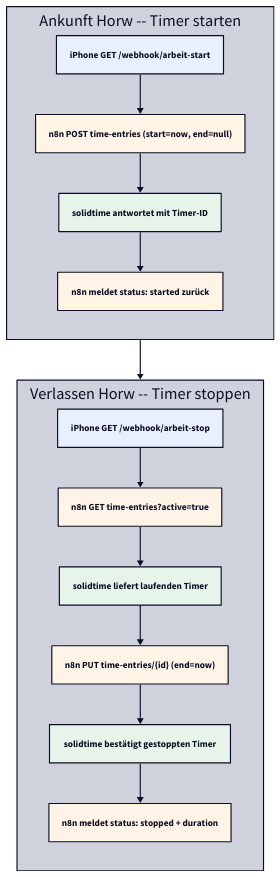
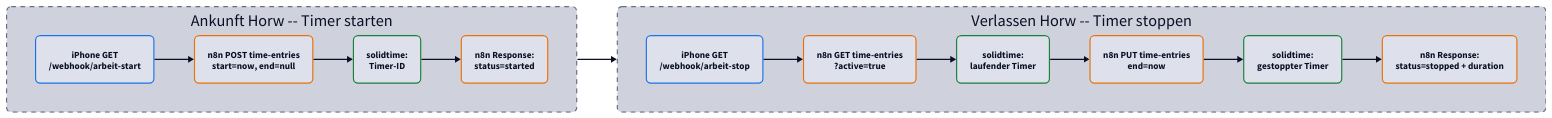
One commit to derever-labs/homelab-wiki changed the second of 3 diagrams in docs/zeiterfassung/index.md. Above: the diagram before and after it, drawn with D2. The commit also changed other lines of this file and 2 other files, not shown here.

Commit message:
refactor(diagrams): Sequence-Diagramme auf Phasen-Flowcharts umstellen

````diff
--- a/docs/zeiterfassung/index.md
+++ b/docs/zeiterfassung/index.md
@@ -84,36 +84,41 @@
 ```d2
 vars: {
   d2-config: {
     theme-id: 1
     layout-engine: elk
   }
 }
 
-direction: down
+direction: right
 
 classes: {
-  iphone: { style.fill: "#e8f0fe" }
-  n8n: { style.fill: "#fff4e5" }
-  solid: { style.fill: "#e6f4ea" }
+  iphone: { style: { border-radius: 8; stroke: "#1a73e8" } }
+  n8n: { style: { border-radius: 8; stroke: "#e8710a" } }
+  solid: { style: { border-radius: 8; stroke: "#188038" } }
+  phase: { style: { border-radius: 8; stroke-dash: 4 } }
 }
 
 start: Ankunft Horw -- Timer starten {
-  hook: "iPhone GET /webhook/arbeit-start" { class: iphone }
-  post: "n8n POST time-entries (start=now, end=null)" { class: n8n }
-  ack: "solidtime antwortet mit Timer-ID" { class: solid }
-  resp: "n8n meldet status: started zurück" { class: n8n }
+  class: phase
+  direction: down
+  hook: "iPhone GET\n/webhook/arbeit-start" { class: iphone }
+  post: "n8n POST time-entries\nstart=now, end=null" { class: n8n }
+  ack: "solidtime:\nTimer-ID" { class: solid }
+  resp: "n8n Response:\nstatus=started" { class: n8n }
   hook -> post -> ack -> resp
 }
 
 stop: Verlassen Horw -- Timer stoppen {
-  hook: "iPhone GET /webhook/arbeit-stop" { class: iphone }
-  find: "n8n GET time-entries?active=true" { class: n8n }
-  cur: "solidtime liefert laufenden Timer" { class: solid }
-  close: "n8n PUT time-entries/{id} (end=now)" { class: n8n }
-  ack: "solidtime bestätigt gestoppten Timer" { class: solid }
-  resp: "n8n meldet status: stopped + duration" { class: n8n }
+  class: phase
+  direction: down
+  hook: "iPhone GET\n/webhook/arbeit-stop" { class: iphone }
+  find: "n8n GET time-entries\n?active=true" { class: n8n }
+  cur: "solidtime:\nlaufender Timer" { class: solid }
+  close: "n8n PUT time-entries\nend=now" { class: n8n }
+  ack: "solidtime:\ngestoppter Timer" { class: solid }
+  resp: "n8n Response:\nstatus=stopped + duration" { class: n8n }
   hook -> find -> cur -> close -> ack -> resp
 }
 
 start -> stop
 ```
````
